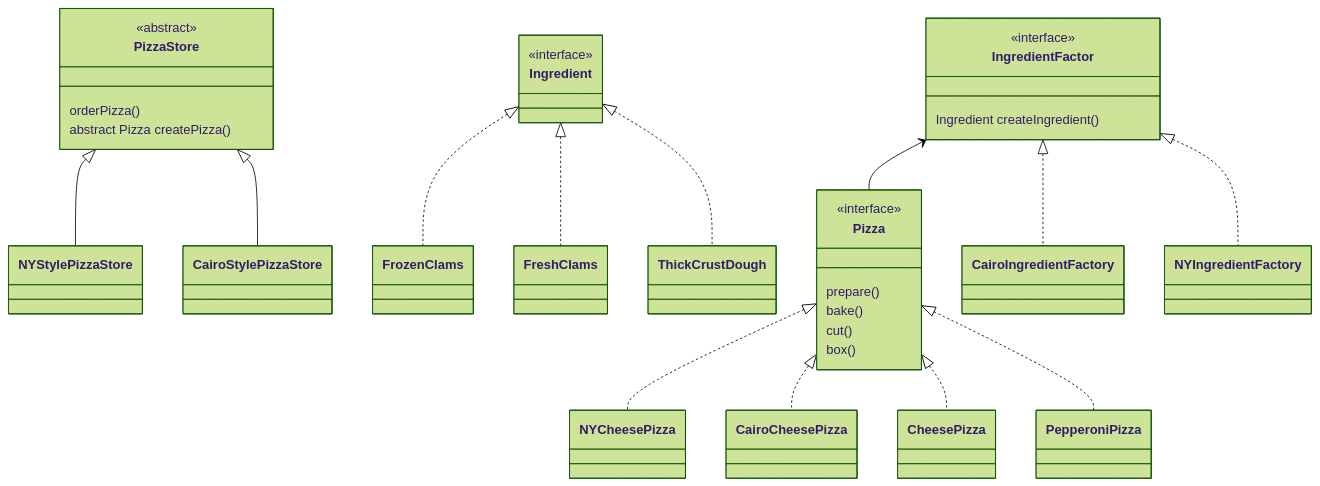
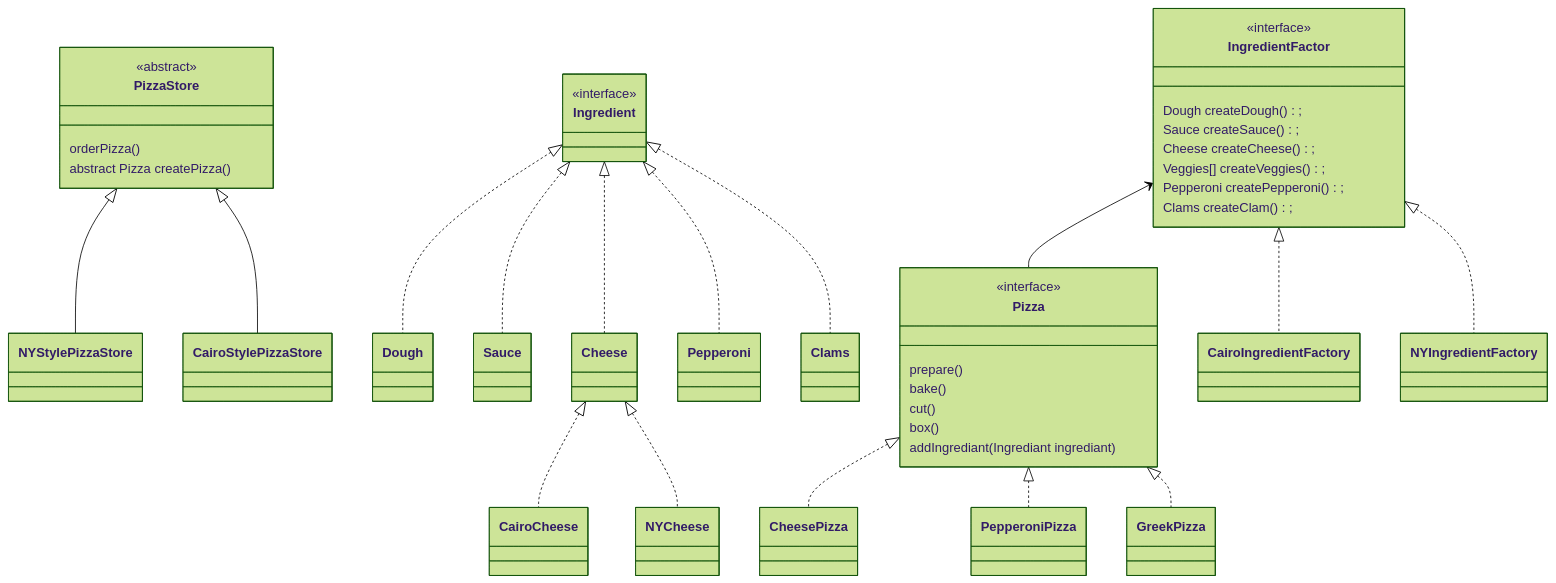
Before and after one commit to Ahmed101Mohammed/Design-Patterns: the diagram in src/PizzaStore/documentation/OOD.md, drawn with Mermaid (forest theme). The commit also changed 19 other files, not shown here.

````diff
--- a/src/PizzaStore/documentation/OOD.md
+++ b/src/PizzaStore/documentation/OOD.md
@@ -1,47 +1,56 @@
 ```mermaid
 classDiagram
 IngredientFactor <-- Pizza
-Pizza <|.. NYCheesePizza
-Pizza <|.. CairoCheesePizza
 Pizza <|.. CheesePizza
 Pizza <|.. PepperoniPizza
+Pizza <|.. GreekPizza
 
 class Pizza {
   <<interface>>
   prepare()
   bake()
   cut()
   box()
+  addIngrediant(Ingrediant ingrediant)
 }
 
 %% ---
 
 PizzaStore <|-- NYStylePizzaStore 
 PizzaStore <|-- CairoStylePizzaStore
 
 class PizzaStore {
   <<abstract>>
 
   orderPizza()
   abstract Pizza createPizza()
 }
 
 %% ---
 
-Ingredient <|.. FrozenClams
-Ingredient <|.. FreshClams
-Ingredient <|.. ThickCrustDough
+Ingredient <|.. Dough
+Ingredient <|.. Sauce
+Ingredient <|.. Cheese
+Ingredient <|.. Pepperoni
+Ingredient <|.. Clams
+
+Cheese <|.. CairoCheese
+Cheese <|.. NYCheese
 
 class Ingredient {
   <<interface>>
 }
 %% ---
 IngredientFactor <|.. CairoIngredientFactory
 IngredientFactor <|.. NYIngredientFactory
 
 class IngredientFactor{
   <<interface>>
-
-  Ingredient createIngredient()
+  Dough createDough();
+  Sauce createSauce();
+  Cheese createCheese();
+  Veggies[] createVeggies();
+  Pepperoni createPepperoni();
+  Clams createClam();
 }
 ```
````
